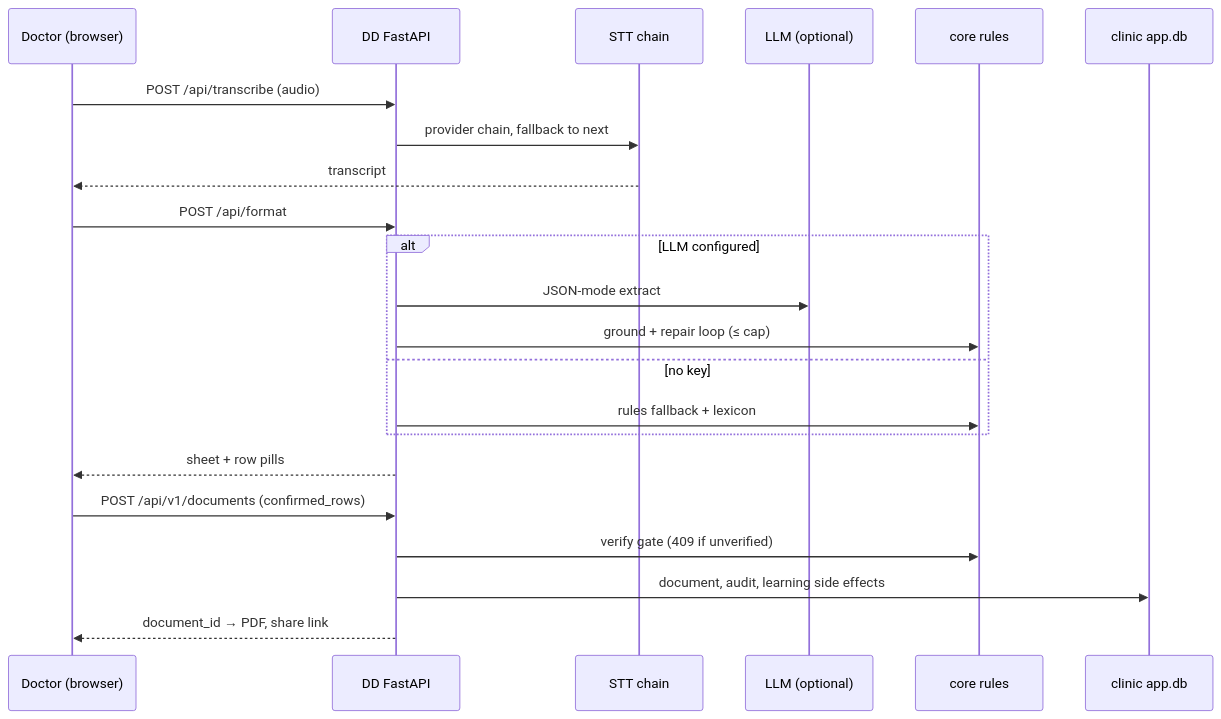
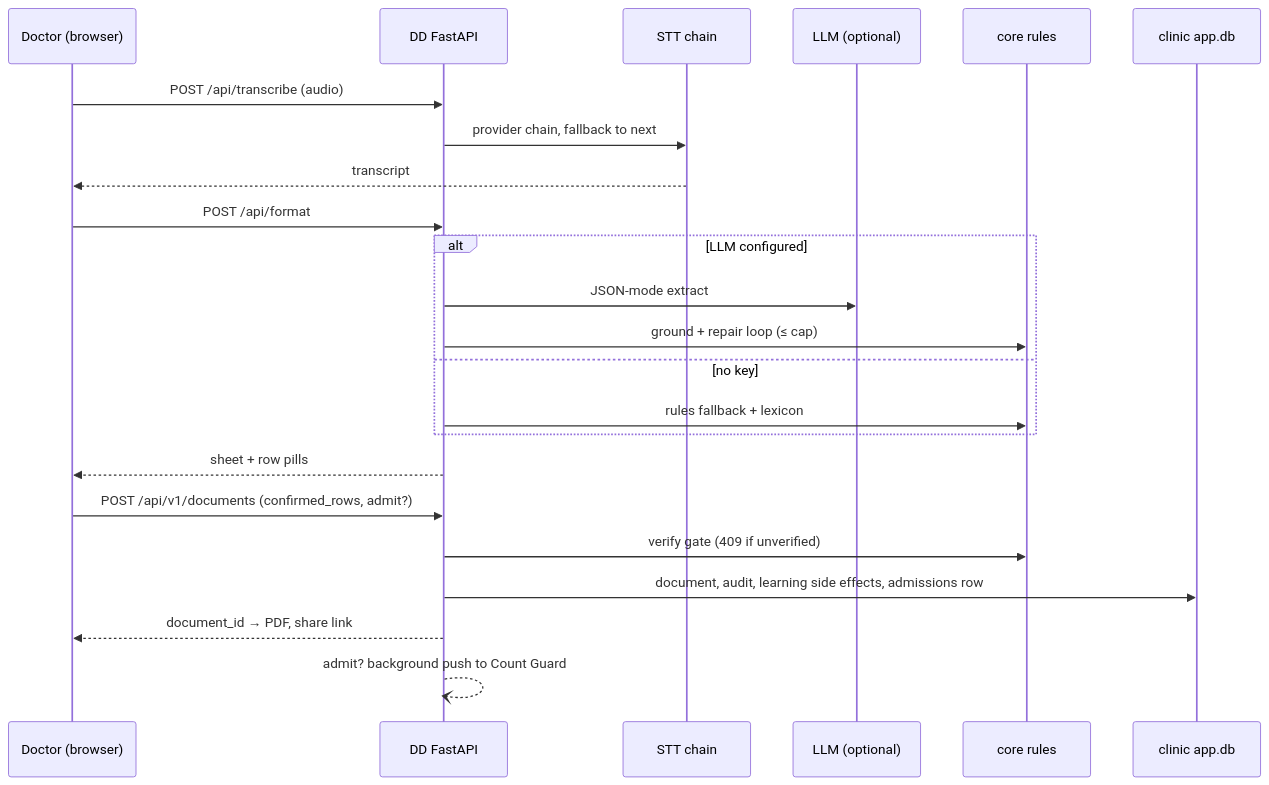
The seventh of 12 diagrams in docs/product-overview/ARCHITECTURE_OVERVIEW.md (lvnpred/hackathon26-proof), drawn with Mermaid before and after one commit. The commit also changed other lines of this file and 10 other files, not shown here.

Commit message:
Product overview refreshed after the Doctor Dictation to Count Guard consolidation

````diff
--- a/docs/product-overview/ARCHITECTURE_OVERVIEW.md
+++ b/docs/product-overview/ARCHITECTURE_OVERVIEW.md
@@ -120,24 +150,25 @@
 ```mermaid
 sequenceDiagram
   participant Dr as Doctor (browser)
   participant API as DD FastAPI
   participant STT as STT chain
   participant L as LLM (optional)
   participant C as core rules
   participant DB as clinic app.db
   Dr->>API: POST /api/transcribe (audio)
   API->>STT: provider chain, fallback to next
   STT-->>Dr: transcript
   Dr->>API: POST /api/format
   alt LLM configured
     API->>L: JSON-mode extract
     API->>C: ground + repair loop (≤ cap)
   else no key
     API->>C: rules fallback + lexicon
   end
   API-->>Dr: sheet + row pills
-  Dr->>API: POST /api/v1/documents (confirmed_rows)
+  Dr->>API: POST /api/v1/documents (confirmed_rows, admit?)
   API->>C: verify gate (409 if unverified)
-  API->>DB: document, audit, learning side effects
+  API->>DB: document, audit, learning side effects, admissions row
   API-->>Dr: document_id → PDF, share link
+  API--)API: admit? background push to Count Guard
 ```
````
